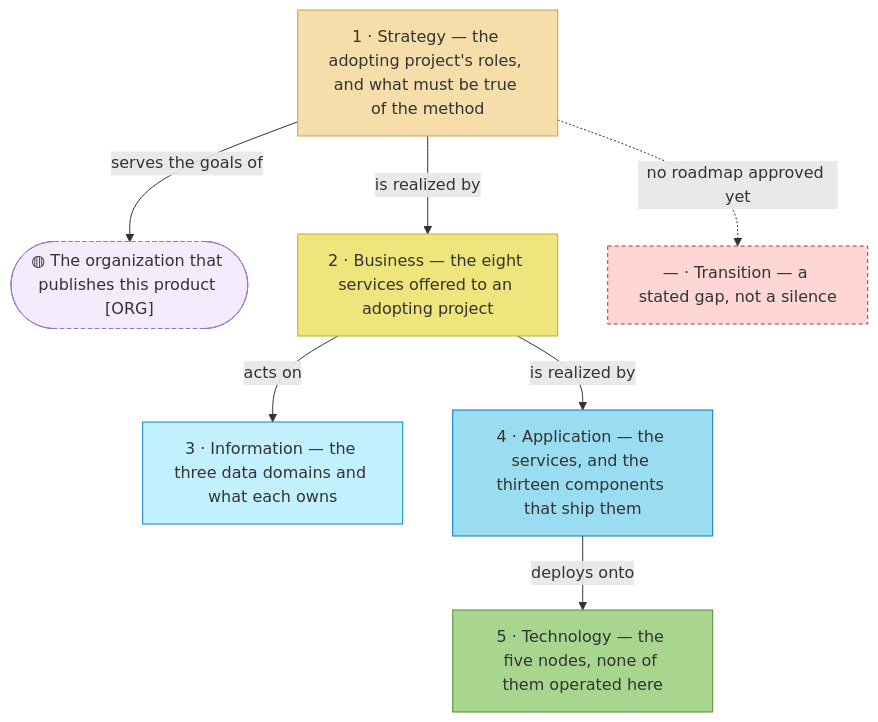
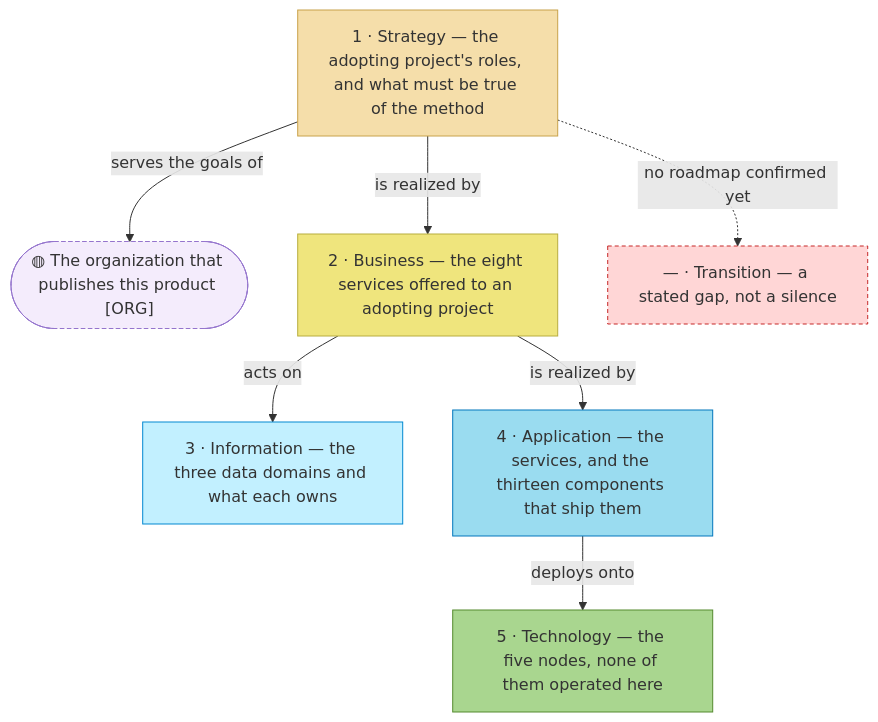
One commit to roanboc/architecture-archreator changed the diagram in product-archreator/architecture/README.md. Above: the diagram before and after it, drawn with Mermaid. The commit also changed other lines of this file and 17 other files, not shown here.

````diff
--- a/product-archreator/architecture/README.md
+++ b/product-archreator/architecture/README.md
@@ -17,26 +17,26 @@
 ```mermaid
 flowchart TB
   org(["◍ The organization that publishes this product [ORG]"]):::ext
 
   l1["1 · Strategy — the adopting project's roles, and what must be true of the method"]:::strategy
   l2["2 · Business — the eight services offered to an adopting project"]:::business
   l3["3 · Information — the three data domains and what each owns"]:::info
   l4["4 · Application — the services, and the thirteen components that ship them"]:::app
   l5["5 · Technology — the five nodes, none of them operated here"]:::tech
   gap["— · Transition — a stated gap, not a silence"]:::gap
 
   l1 -->|serves the goals of| org
   l1 -->|is realized by| l2
   l2 -->|acts on| l3
   l2 -->|is realized by| l4
   l4 -->|deploys onto| l5
-  l1 -.->|no roadmap approved yet| gap
+  l1 -.->|no roadmap confirmed yet| gap
 
   classDef strategy fill:#f5deaa,stroke:#c8a24a,color:#333
   classDef business fill:#efe57d,stroke:#b8ad3f,color:#333
   classDef info fill:#c2f0ff,stroke:#0288d1,color:#333
   classDef app fill:#9adcf0,stroke:#0277bd,color:#333
   classDef tech fill:#a9d68f,stroke:#558b2f,color:#333
   classDef ext fill:#f4ecfc,stroke:#9575cd,color:#333,stroke-dasharray: 4 3
   classDef gap fill:#ffd6d6,stroke:#c62828,color:#333,stroke-dasharray: 4 3
 ```
````
